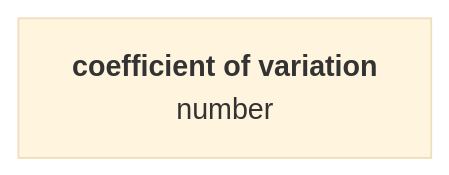
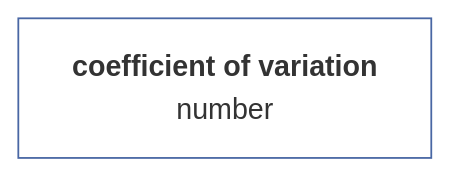
One commit to muzikp/retusa changed diagram 13 of 23 in docs/en-GB/vector.md. Above: the diagram before and after it, drawn with Mermaid (base theme). The commit also changed other lines of this file and 17 other files, not shown here.

````diff
--- a/docs/en-GB/vector.md
+++ b/docs/en-GB/vector.md
@@ -343,4 +379,7 @@
 ```mermaid
 graph TD
-A[<b>coefficient of variation<br></b>number]
+varc[<b>coefficient of variation<br></b>number]
+style varc fill:#FFFFFF;
+style varc stroke:#4967A4;
+
 ```
````
